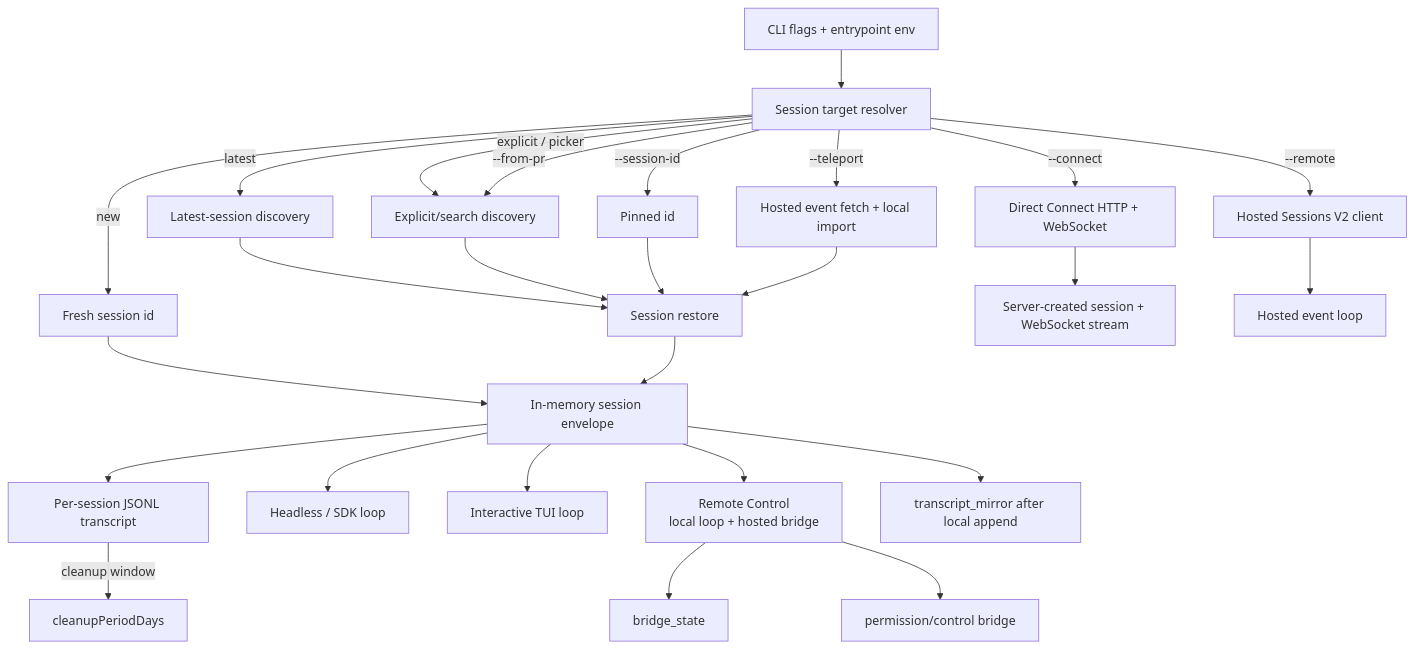
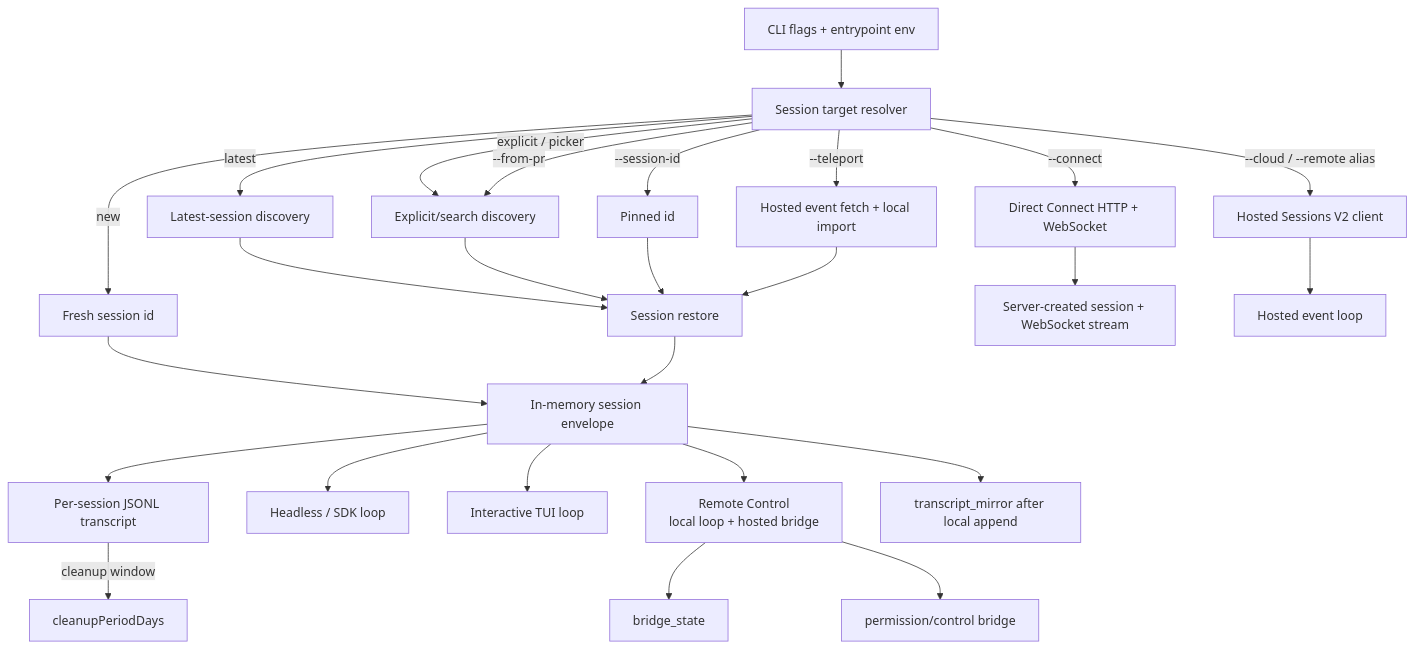
The diagram in docs/04-sessions-persistence-remote/architecture.md (vibewatch/claude-code-internals), drawn with Mermaid before and after one commit. The commit also changed other lines of this file and 34 other files, not shown here.

````diff
--- a/docs/04-sessions-persistence-remote/architecture.md
+++ b/docs/04-sessions-persistence-remote/architecture.md
@@ -52,31 +52,31 @@
 ```mermaid
 flowchart TD
     Cli[CLI flags + entrypoint env] --> Resolver[Session target resolver]
     Resolver -->|new| Fresh[Fresh session id]
     Resolver -->|latest| DiscoveryLatest[Latest-session discovery]
     Resolver -->|explicit / picker| DiscoveryExplicit[Explicit/search discovery]
     Resolver -->|--from-pr| DiscoveryExplicit
     Resolver -->|--teleport| Teleport[Hosted event fetch + local import]
     Resolver -->|--connect| DirectConnect[Direct Connect HTTP + WebSocket]
-    Resolver -->|--remote| Hosted[Hosted Sessions V2 client]
+    Resolver -->|--cloud / --remote alias| Hosted[Hosted Sessions V2 client]
     Resolver -->|--session-id| Pinned[Pinned id]
 
     Fresh --> Envelope[In-memory session envelope]
     DiscoveryLatest --> Restore[Session restore]
     DiscoveryExplicit --> Restore
     Pinned --> Restore
     Teleport --> Restore
     Restore --> Envelope
 
     Envelope --> Durable[Per-session JSONL transcript]
     Envelope --> Headless[Headless / SDK loop]
     Envelope --> TUI[Interactive TUI loop]
     Envelope --> LocalBridge[Remote Control<br/>local loop + hosted bridge]
     LocalBridge --> BridgeState[bridge_state]
     LocalBridge --> Permission[permission/control bridge]
     Envelope --> Mirror[transcript_mirror after local append]
     DirectConnect --> DirectSocket[Server-created session + WebSocket stream]
     Hosted --> HostedLoop[Hosted event loop]
 
     Durable -->|cleanup window| Retention[cleanupPeriodDays]
 ```
````
